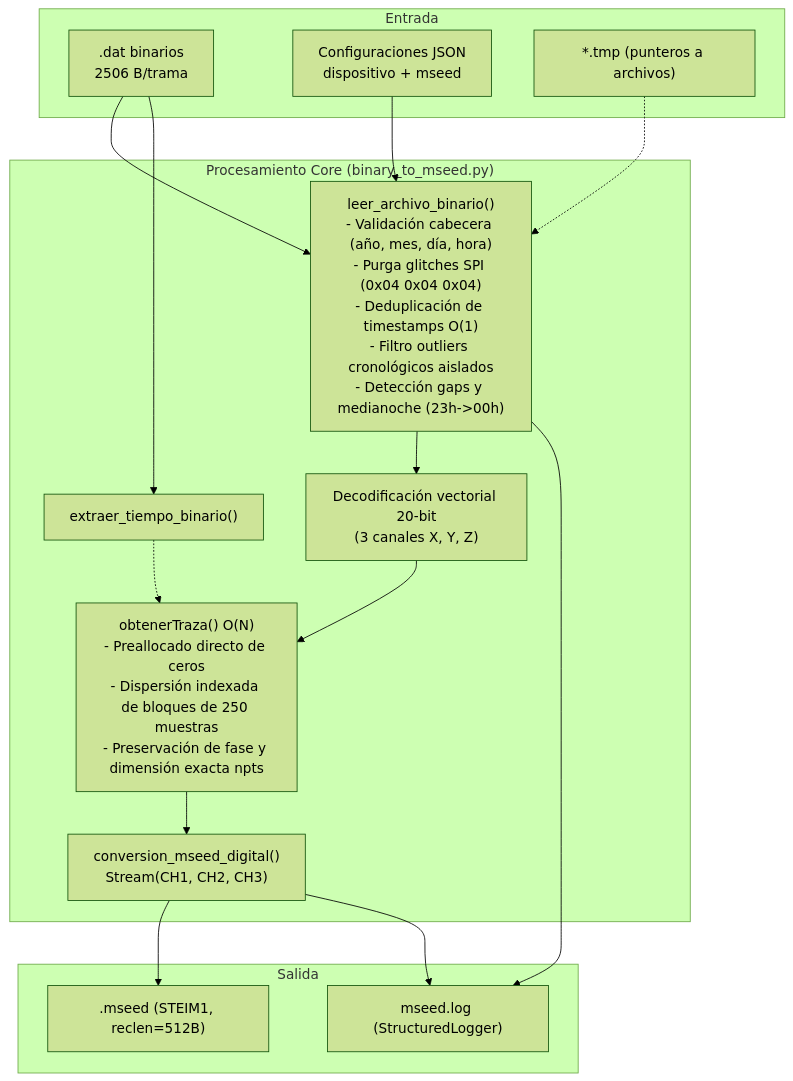
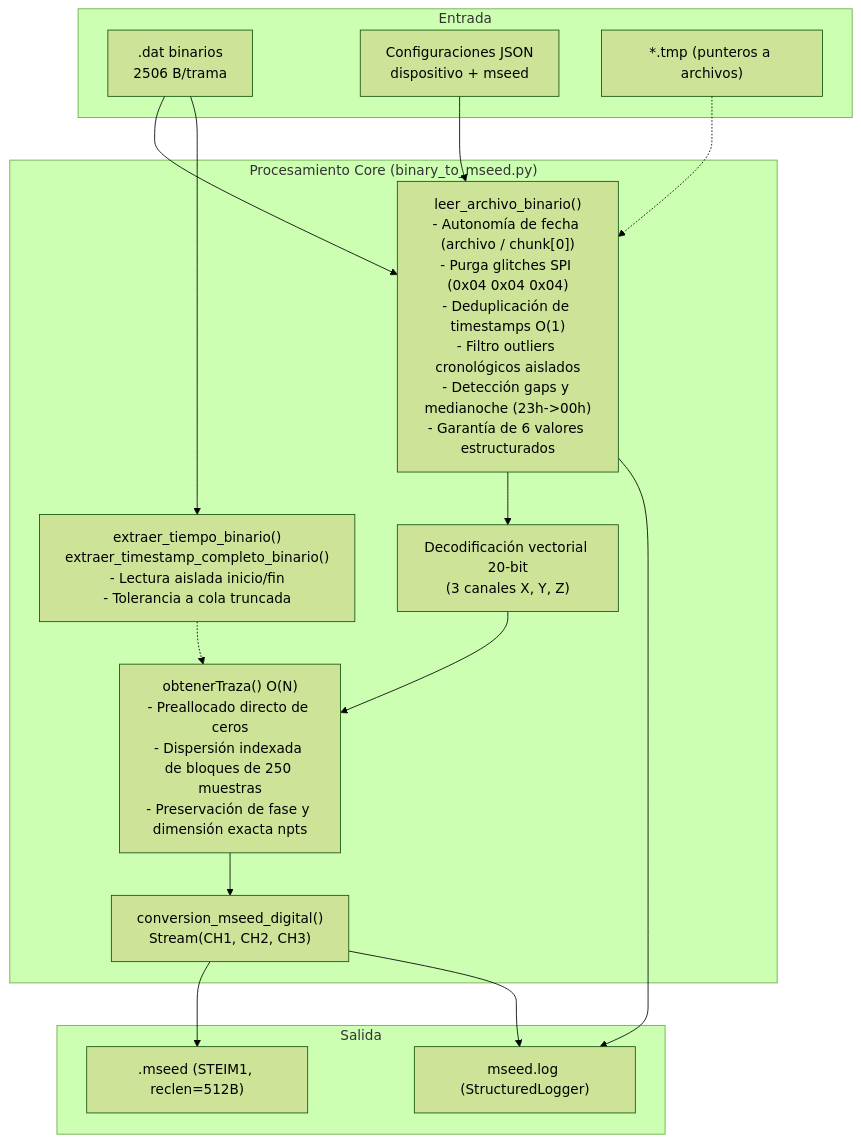
Before and after one commit to RSA-Proyectos/RSA-Acelerografo: the diagram in docs/context/binary_to_mseed_context.md, drawn with Mermaid (forest theme). The commit also changed other lines of this file and 3 other files, not shown here.

````diff
--- a/docs/context/binary_to_mseed_context.md
+++ b/docs/context/binary_to_mseed_context.md
@@ -20,33 +20,33 @@
 ```mermaid
 graph TD
     subgraph Entrada
         DAT[".dat binarios<br>2506 B/trama"]
         CFG["Configuraciones JSON<br>dispositivo + mseed"]
         TMP["*.tmp (punteros a archivos)"]
     end
 
     subgraph "Procesamiento Core (binary_to_mseed.py)"
-        ETB["extraer_tiempo_binario()"]
-        LAB["leer_archivo_binario()<br>- Validación cabecera (año, mes, día, hora)<br>- Purga glitches SPI (0x04 0x04 0x04)<br>- Deduplicación de timestamps O(1)<br>- Filtro outliers cronológicos aislados<br>- Detección gaps y medianoche (23h->00h)"]
+        ETB["extraer_tiempo_binario()<br>extraer_timestamp_completo_binario()<br>- Lectura aislada inicio/fin<br>- Tolerancia a cola truncada"]
+        LAB["leer_archivo_binario()<br>- Autonomía de fecha (archivo / chunk[0])<br>- Purga glitches SPI (0x04 0x04 0x04)<br>- Deduplicación de timestamps O(1)<br>- Filtro outliers cronológicos aislados<br>- Detección gaps y medianoche (23h->00h)<br>- Garantía de 6 valores estructurados"]
         DEC["Decodificación vectorial 20-bit<br>(3 canales X, Y, Z)"]
         OT["obtenerTraza() O(N)<br>- Preallocado directo de ceros<br>- Dispersión indexada de bloques de 250 muestras<br>- Preservación de fase y dimensión exacta npts"]
         SM["conversion_mseed_digital()<br>Stream(CH1, CH2, CH3)"]
     end
 
     subgraph Salida
         MSEED[".mseed (STEIM1, reclen=512B)"]
         LOG["mseed.log (StructuredLogger)"]
     end
 
     DAT --> LAB
     DAT --> ETB
     CFG --> LAB
     TMP -.-> LAB
     LAB --> DEC
     DEC --> OT
     ETB -.-> OT
     OT --> SM
     SM --> MSEED
     LAB --> LOG
     SM --> LOG
 ```
````
